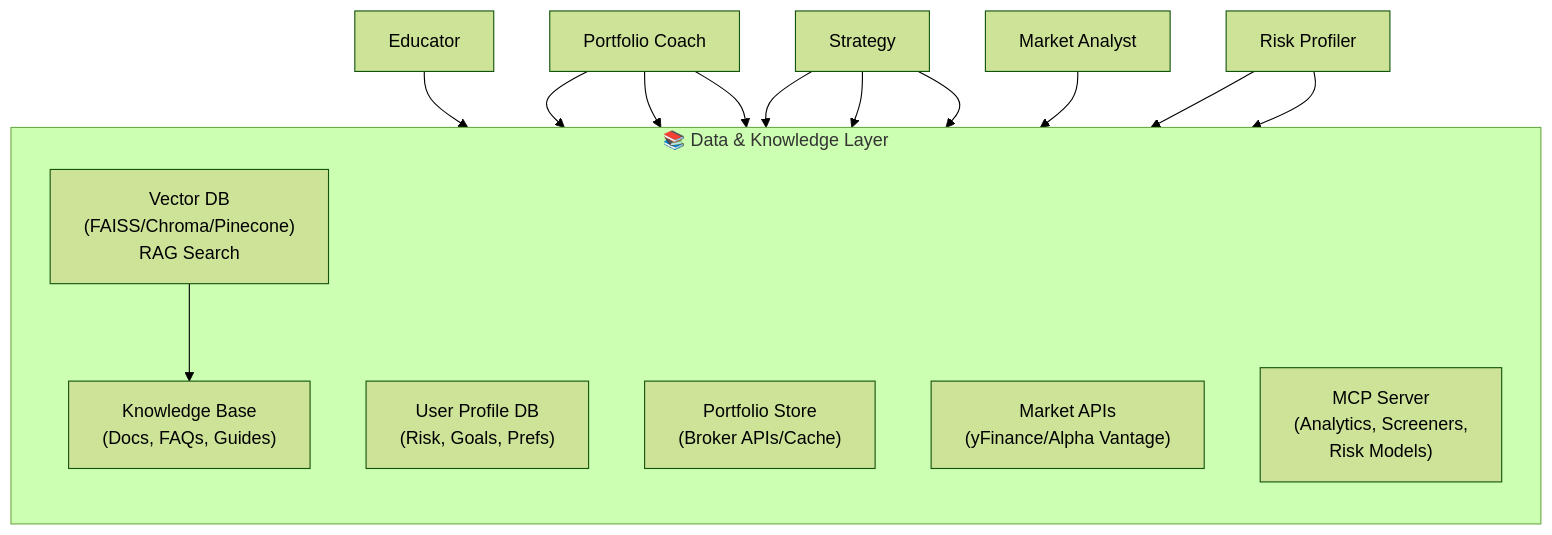
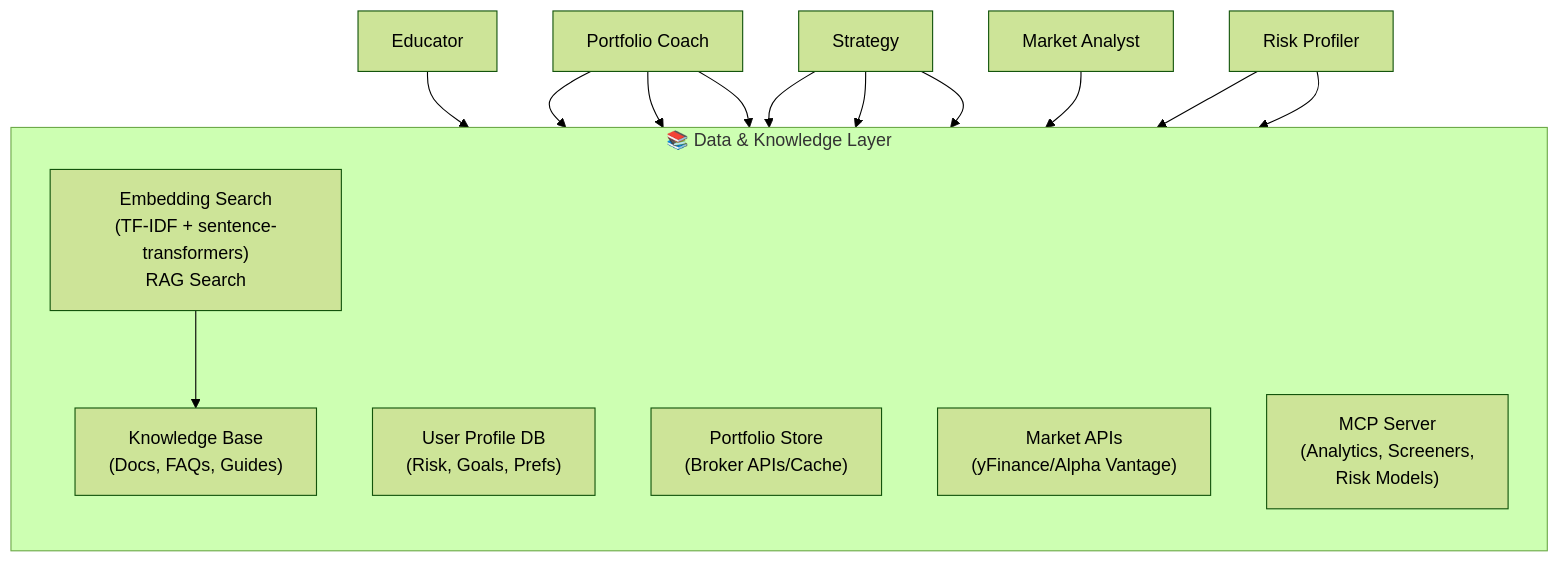
One commit to avinash2196/finnie-chat changed the fourth of 6 diagrams in docs/planning/diagram.md. Above: the diagram before and after it, drawn with Mermaid (forest theme). The commit also changed other lines of this file and 29 other files, not shown here.

````diff
--- a/docs/planning/diagram.md
+++ b/docs/planning/diagram.md
@@ -71,27 +73,27 @@
 ```mermaid
 flowchart TB
     subgraph DATA["📚 Data & Knowledge Layer"]
         direction TB
         KB["Knowledge Base<br/>(Docs, FAQs, Guides)"]
-        VDB["Vector DB<br/>(FAISS/Chroma/Pinecone)<br/>RAG Search"]
+        VDB["Embedding Search<br/>(TF-IDF + sentence-transformers)<br/>RAG Search"]
         PROF["User Profile DB<br/>(Risk, Goals, Prefs)"]
         PDATA["Portfolio Store<br/>(Broker APIs/Cache)"]
         MKTAPI["Market APIs<br/>(yFinance/Alpha Vantage)"]
         MCP["MCP Server<br/>(Analytics, Screeners,<br/>Risk Models)"]
     end
 
     EDU["Educator"] --> VDB
     STRAT["Strategy"] --> VDB
     VDB --> KB
     
     PORTC["Portfolio Coach"] --> PROF
     RISK["Risk Profiler"] --> PROF
     PORTC --> PDATA
     
     MKTAN["Market Analyst"] --> MKTAPI
     STRAT --> MKTAPI
     
     PORTC --> MCP
     STRAT --> MCP
     RISK --> MCP
 ```
````
